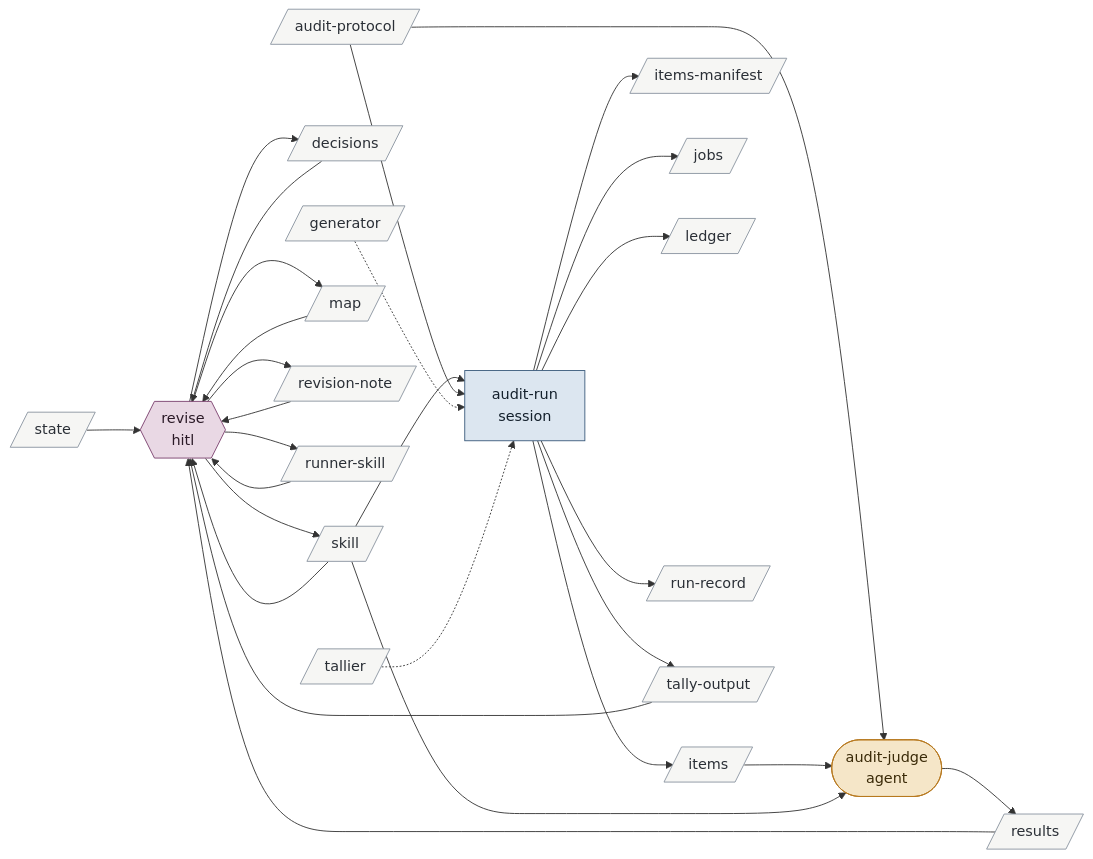
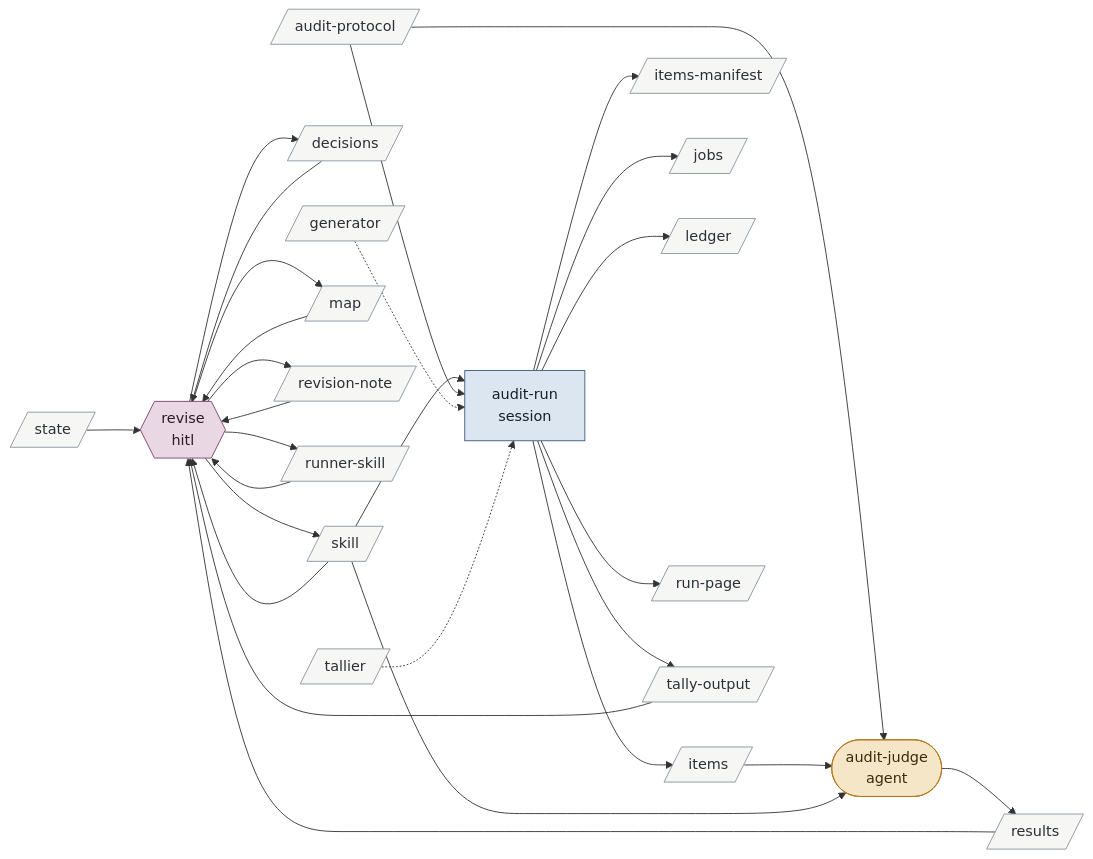
Before and after one commit to bc414/StoryPlanner: diagram 14 of 15 in .claude/skills/v3-buildout-2/map.md, drawn with Mermaid. The commit also changed other lines of this file and 32 other files, not shown here.

````diff
--- a/.claude/skills/v3-buildout-2/map.md
+++ b/.claude/skills/v3-buildout-2/map.md
@@ -622,56 +622,56 @@
 ```mermaid
 flowchart LR
   classDef hitl fill:#e9d8e4,stroke:#7a3e6d,color:#2b1a27
   classDef session fill:#dce6f0,stroke:#3b5b7c,color:#14202c
   classDef agent fill:#f5e6c8,stroke:#b7791f,color:#3a2a08
   classDef artifact fill:#f6f6f4,stroke:#8a94a0,color:#2a2f36
   classDef activity fill:#dcebdd,stroke:#4b7f52,color:#122816
   classDef terminus fill:#e4e4ea,stroke:#5b5b7a,color:#1c1c2c
   revise{{"revise<br/>hitl"}}:::hitl
   auditrun["audit-run<br/>session"]:::session
   auditjudge(["audit-judge<br/>agent"]):::agent
   auditprotocol[/"audit-protocol"/]:::artifact
   decisions[/"decisions"/]:::artifact
   generator[/"generator"/]:::artifact
   items[/"items"/]:::artifact
   itemsmanifest[/"items-manifest"/]:::artifact
   jobs[/"jobs"/]:::artifact
   ledger[/"ledger"/]:::artifact
   map[/"map"/]:::artifact
   results[/"results"/]:::artifact
   revisionnote[/"revision-note"/]:::artifact
-  runrecord[/"run-record"/]:::artifact
+  runpage[/"run-page"/]:::artifact
   runnerskill[/"runner-skill"/]:::artifact
   skill[/"skill"/]:::artifact
   state[/"state"/]:::artifact
   tallier[/"tallier"/]:::artifact
   tallyoutput[/"tally-output"/]:::artifact
 
   skill --> revise
   runnerskill --> revise
   map --> revise
   state --> revise
   revisionnote --> revise
   decisions --> revise
   results --> revise
   tallyoutput --> revise
   revise --> skill
   revise --> runnerskill
   revise --> decisions
   revise --> revisionnote
   revise --> map
   skill --> auditrun
   auditprotocol --> auditrun
   generator -.-> auditrun
   tallier -.-> auditrun
   auditrun --> items
   auditrun --> itemsmanifest
   auditrun --> jobs
   auditrun --> ledger
-  auditrun --> runrecord
+  auditrun --> runpage
   auditrun --> tallyoutput
   auditprotocol --> auditjudge
   items --> auditjudge
   skill --> auditjudge
   auditjudge --> results
 ```
````
